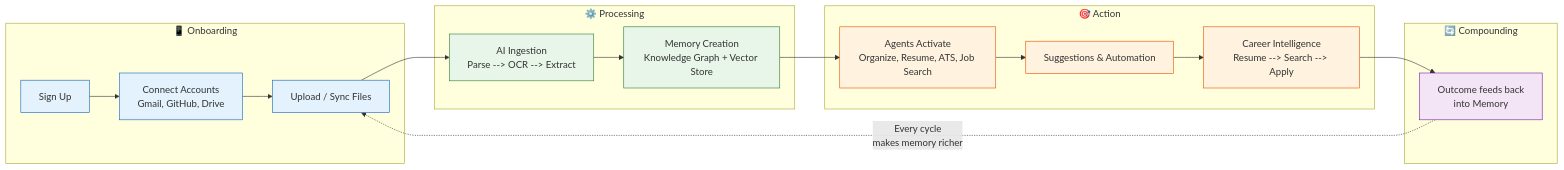
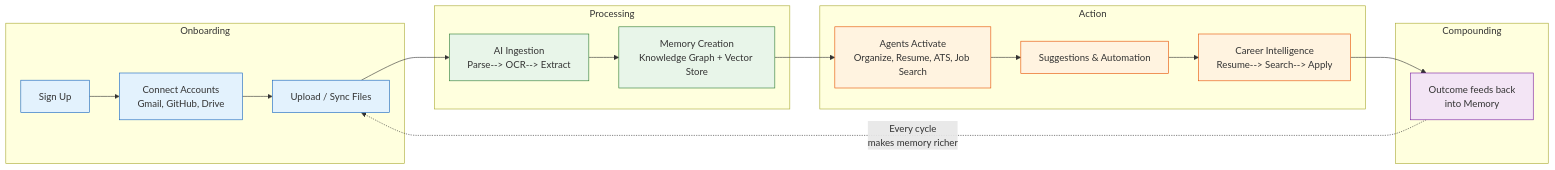
One commit to Driftloom/Vaeloom changed the diagram in docs/05-vaeloom-mvp-spec.md. Above: the diagram before and after it, drawn with Mermaid. The commit also changed other lines of this file and 694 other files, not shown here.

First line of the commit message:
docs: mermaid standardization — encoding/mermaid/duplicate cleanup

````diff
--- a/docs/05-vaeloom-mvp-spec.md
+++ b/docs/05-vaeloom-mvp-spec.md
@@ -46,40 +46,40 @@
 ```mermaid
 graph LR
-    subgraph Onboard["📱 Onboarding"]
-        A["Sign Up"] --> B["Connect Accounts<br/>Gmail, GitHub, Drive"]
-        B --> C["Upload / Sync Files"]
-    end
+ subgraph Onboard["Onboarding"]
+ A["Sign Up"]--> B["Connect Accounts<br/>Gmail, GitHub, Drive"]
+ B--> C["Upload / Sync Files"]
+ end
 
-    subgraph Process["⚙️ Processing"]
-        D["AI Ingestion<br/>Parse --> OCR --> Extract"]
-        E["Memory Creation<br/>Knowledge Graph + Vector Store"]
-    end
+ subgraph Process["Processing"]
+ D["AI Ingestion<br/>Parse--> OCR--> Extract"]
+ E["Memory Creation<br/>Knowledge Graph + Vector Store"]
+ end
 
-    subgraph Act["🎯 Action"]
-        F["Agents Activate<br/>Organize, Resume, ATS, Job Search"]
-        G["Suggestions & Automation"]
-        H["Career Intelligence<br/>Resume --> Search --> Apply"]
-    end
+ subgraph Act["Action"]
+ F["Agents Activate<br/>Organize, Resume, ATS, Job Search"]
+ G["Suggestions & Automation"]
+ H["Career Intelligence<br/>Resume--> Search--> Apply"]
+ end
 
-    subgraph Compound["🔄 Compounding"]
-        I["Outcome feeds back<br/>into Memory"]
-    end
+ subgraph Compound["Compounding"]
+ I["Outcome feeds back<br/>into Memory"]
+ end
 
-    C --> D
-    D --> E
-    E --> F
-    F --> G
-    G --> H
-    H --> I
-    I -.->|Every cycle<br/>makes memory richer| C
+ C--> D
+ D--> E
+ E--> F
+ F--> G
+ G--> H
+ H--> I
+ I -.->|Every cycle<br/>makes memory richer| C
 
-    classDef onboard fill:#e3f2fd,stroke:#1565c0
-    classDef process fill:#e8f5e9,stroke:#2e7d32
-    classDef action fill:#fff3e0,stroke:#e65100
-    classDef compound fill:#f3e5f5,stroke:#7b1fa2
+ classDef onboard fill:#e3f2fd,stroke:#1565c0
+ classDef process fill:#e8f5e9,stroke:#2e7d32
+ classDef action fill:#fff3e0,stroke:#e65100
+ classDef compound fill:#f3e5f5,stroke:#7b1fa2
 
-    class A,B,C onboard
-    class D,E process
-    class F,G,H action
-    class I compound
+ class A,B,C onboard
+ class D,E process
+ class F,G,H action
+ class I compound
 ```
````
